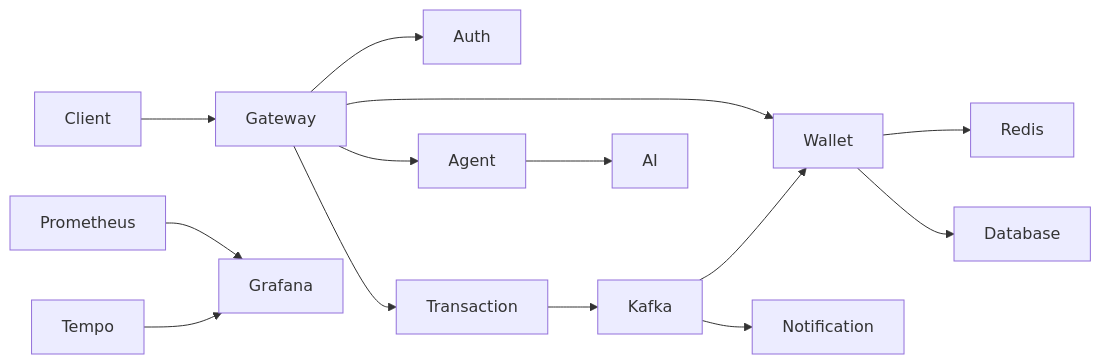
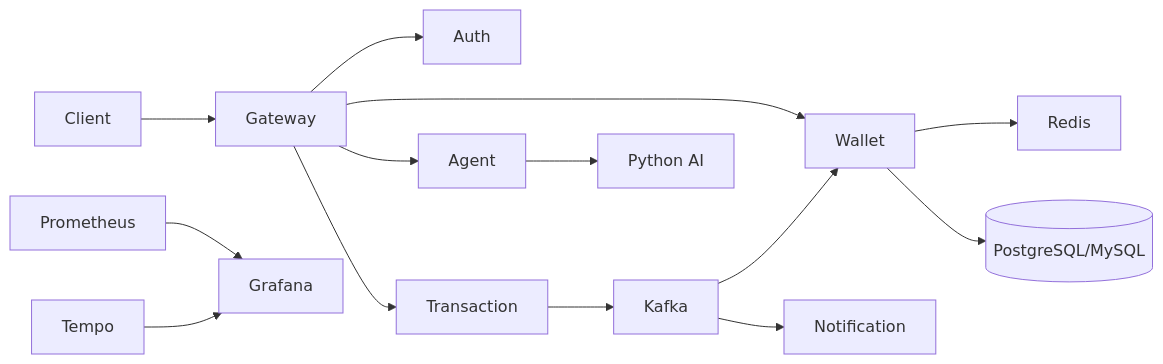
The diagram in README.md (Manikam-314/Distributed-Wallet-Service), drawn with Mermaid before and after one commit. The commit also changed other lines of this file, not shown here.

````diff
--- a/README.md
+++ b/README.md
@@ -39,23 +48,16 @@
 ```mermaid
 flowchart LR
-
 Client --> Gateway
-
 Gateway --> Auth
 Gateway --> Wallet
 Gateway --> Transaction
 Gateway --> Agent
-
 Transaction --> Kafka
-
 Kafka --> Wallet
 Kafka --> Notification
-
 Wallet --> Redis
-Wallet --> Database
-
-Agent --> AI
-
+Wallet --> Database[(PostgreSQL/MySQL)]
+Agent --> AI[Python AI]
 Prometheus --> Grafana
 Tempo --> Grafana
 ```
````
